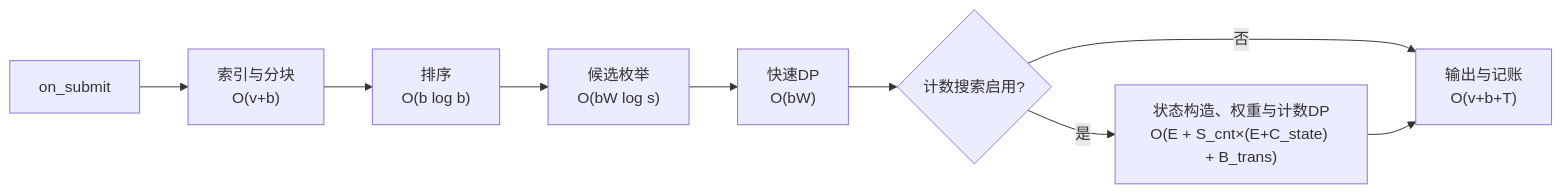
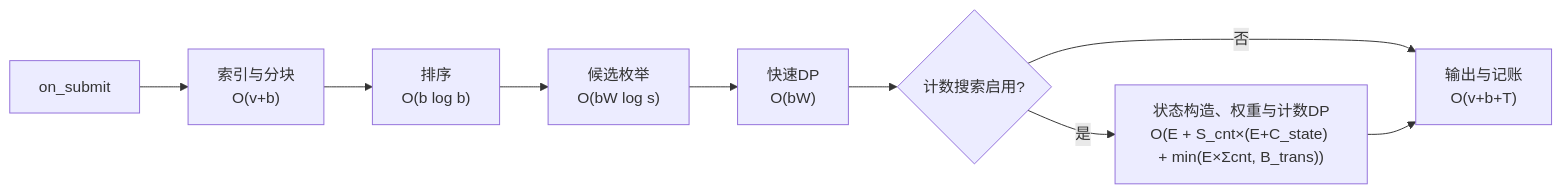
The diagram in submissions/kaisennhu/04_算法设计与复杂度/复杂度分析.md (dpj135/hackathon), drawn with Mermaid before and after one commit. The commit also changed other lines of this file and 1 other file, not shown here.

First line of the commit message:
docs: 补上计数DP逐层转移的O(E×cnt)上界

````diff
--- a/submissions/kaisennhu/04_算法设计与复杂度/复杂度分析.md
+++ b/submissions/kaisennhu/04_算法设计与复杂度/复杂度分析.md
@@ -7,11 +7,11 @@
 ```mermaid
 flowchart LR
     A["on_submit"] --> B["索引与分块<br/>O(v+b)"]
     B --> C["排序<br/>O(b log b)"]
     C --> D["候选枚举<br/>O(bW log s)"]
     D --> E["快速DP<br/>O(bW)"]
     E --> F{"计数搜索启用?"}
-    F -- 是 --> G["状态构造、权重与计数DP<br/>O(E + S_cnt×(E+C_state) + B_trans)"]
+    F -- 是 --> G["状态构造、权重与计数DP<br/>O(E + S_cnt×(E+C_state) + min(E×Σcnt, B_trans))"]
     F -- 否 --> H["输出与记账<br/>O(v+b+T)"]
     G --> H
 ```
````
